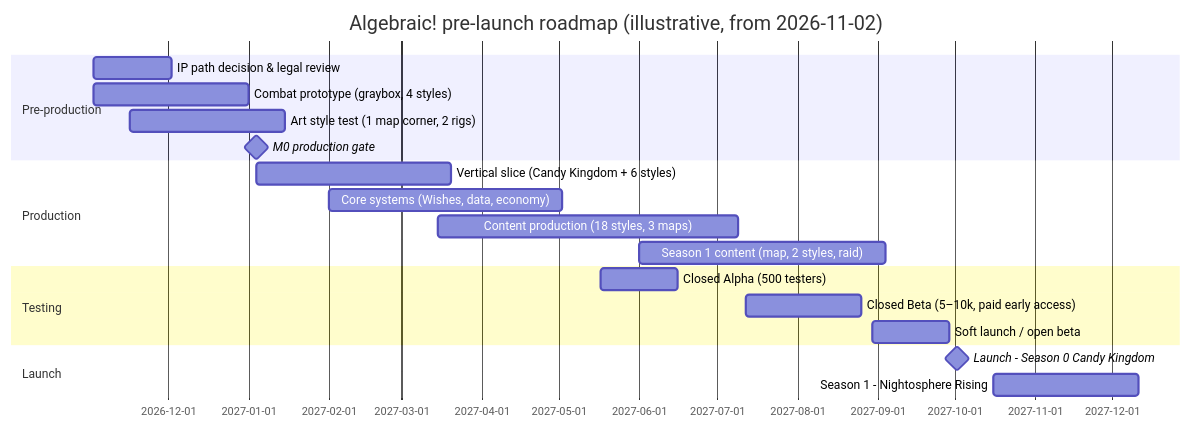
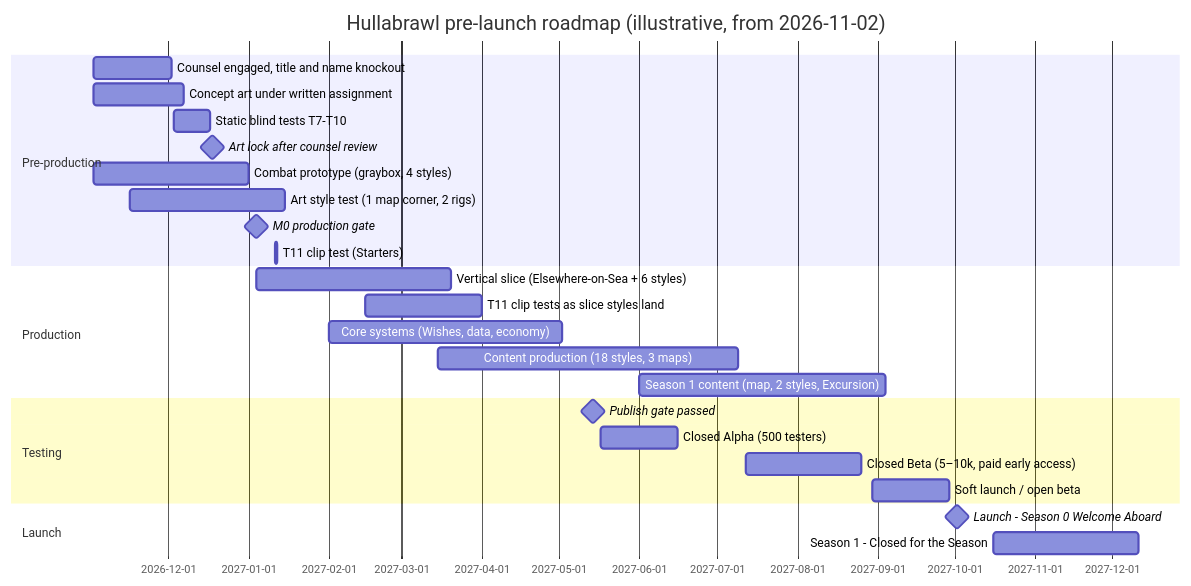
Before and after one commit to s0dot/xofyu: the third of 3 diagrams in docs/GDD.md, drawn with Mermaid. The commit also changed other lines of this file and 24 other files, not shown here.

````diff
--- a/docs/GDD.md
+++ b/docs/GDD.md
@@ -2369,22 +2713,28 @@
 ```mermaid
 gantt
     dateFormat  YYYY-MM-DD
-    title Algebraic! pre-launch roadmap (illustrative, from 2026-11-02)
+    title Hullabrawl pre-launch roadmap (illustrative, from 2026-11-02)
     section Pre-production
-    IP path decision & legal review         :a1, 2026-11-02, 30d
-    Combat prototype (graybox, 4 styles)    :a2, 2026-11-02, 60d
-    Art style test (1 map corner, 2 rigs)   :a3, 2026-11-16, 60d
-    M0 production gate                      :milestone, m0, 2027-01-04, 0d
+    Counsel engaged, title and name knockout :a1, 2026-11-02, 30d
+    Concept art under written assignment     :a4, 2026-11-02, 35d
+    Static blind tests T7-T10                :a5, 2026-12-03, 14d
+    Art lock after counsel review            :milestone, al, 2026-12-18, 0d
+    Combat prototype (graybox, 4 styles)     :a2, 2026-11-02, 60d
+    Art style test (1 map corner, 2 rigs)    :a3, 2026-11-16, 60d
+    M0 production gate                       :milestone, m0, 2027-01-04, 0d
+    T11 clip test (Starters)                 :a6, 2027-01-11, 1d
     section Production
-    Vertical slice (Candy Kingdom + 6 styles):b1, 2027-01-04, 75d
-    Core systems (Wishes, data, economy)    :b2, 2027-02-01, 90d
-    Content production (18 styles, 3 maps)  :b3, 2027-03-15, 116d
-    Season 1 content (map, 2 styles, raid)  :b4, 2027-06-01, 95d
+    Vertical slice (Elsewhere-on-Sea + 6 styles):b1, 2027-01-04, 75d
+    T11 clip tests as slice styles land      :b5, 2027-02-15, 45d
+    Core systems (Wishes, data, economy)     :b2, 2027-02-01, 90d
+    Content production (18 styles, 3 maps)   :b3, 2027-03-15, 116d
+    Season 1 content (map, 2 styles, Excursion):b4, 2027-06-01, 95d
     section Testing
-    Closed Alpha (500 testers)              :c1, 2027-05-17, 30d
-    Closed Beta (5–10k, paid early access)  :c2, 2027-07-12, 45d
-    Soft launch / open beta                 :c3, 2027-08-30, 30d
+    Publish gate passed                      :milestone, pg, 2027-05-14, 0d
+    Closed Alpha (500 testers)               :c1, 2027-05-17, 30d
+    Closed Beta (5–10k, paid early access)   :c2, 2027-07-12, 45d
+    Soft launch / open beta                  :c3, 2027-08-30, 30d
     section Launch
-    Launch - Season 0 Candy Kingdom         :milestone, d1, 2027-10-02, 0d
-    Season 1 - Nightosphere Rising          :d2, 2027-10-16, 56d
+    Launch - Season 0 Welcome Aboard         :milestone, d1, 2027-10-02, 0d
+    Season 1 - Closed for the Season         :d2, 2027-10-16, 56d
 ```
````
